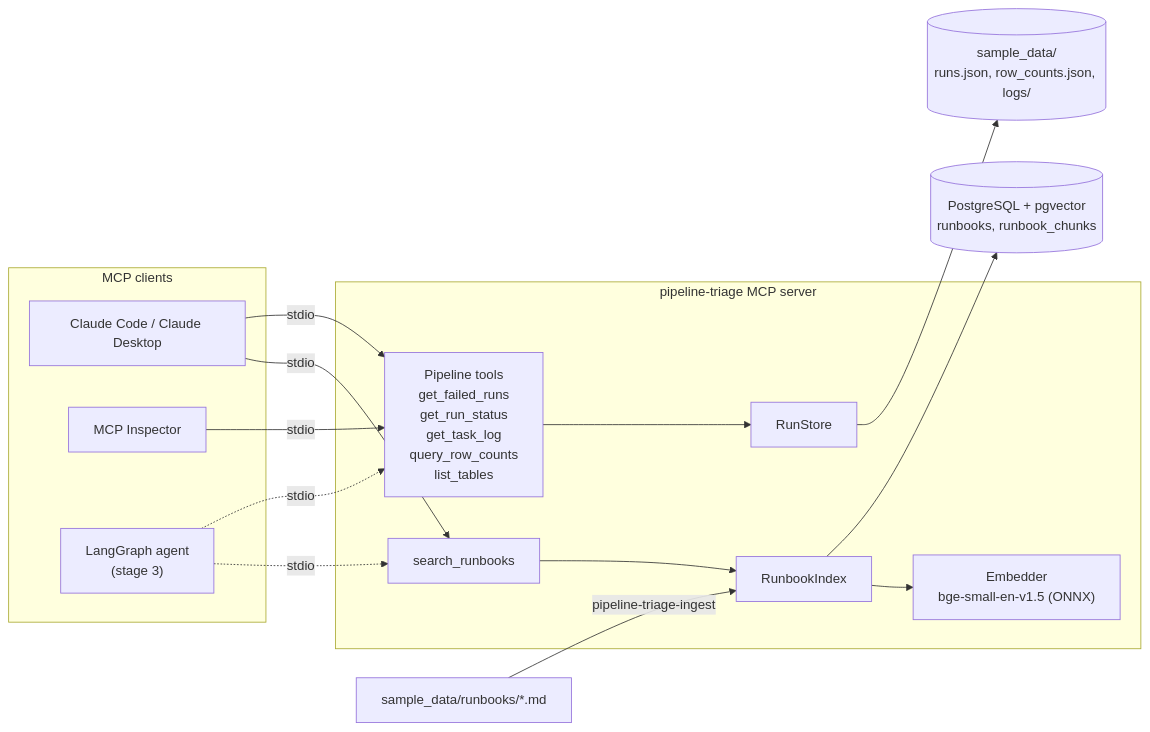
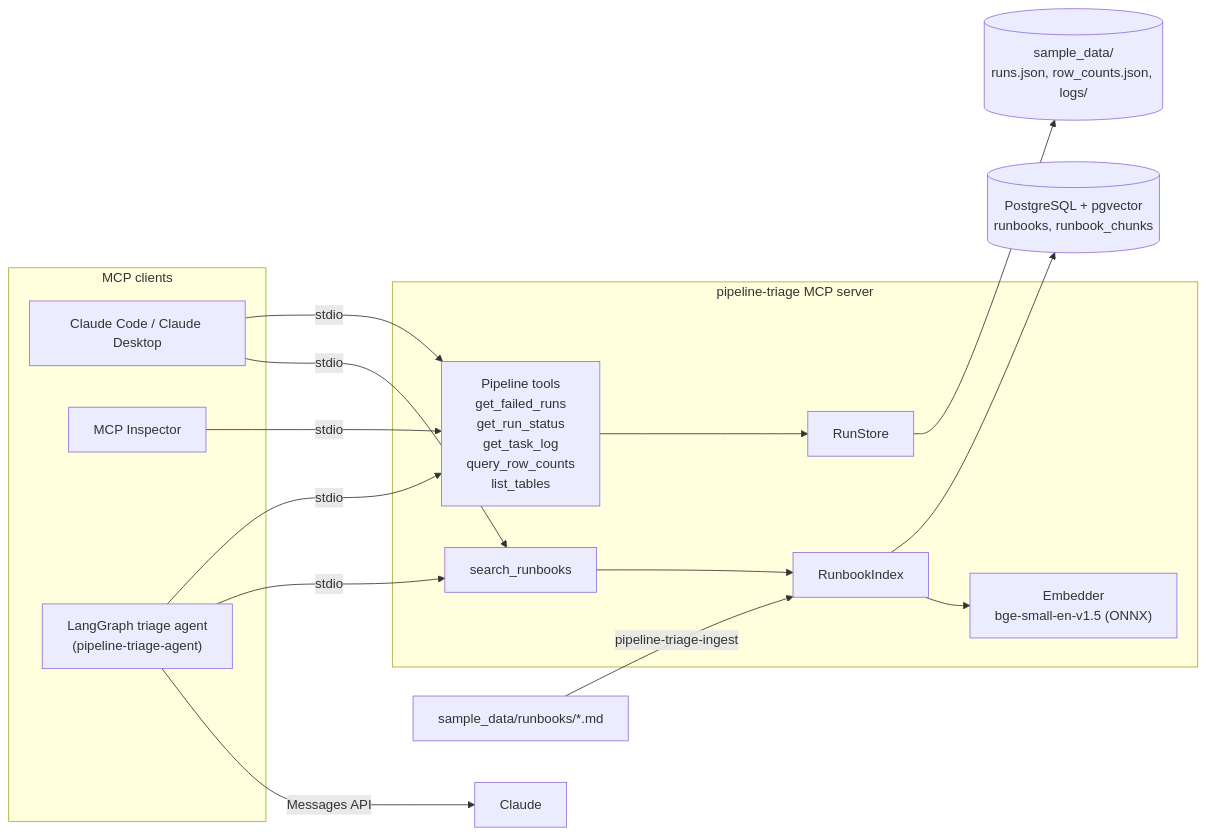
Before and after one commit to RiverburnCruiser/pipeline-triage-agent: the first of 2 diagrams in README.md, drawn with Mermaid. The commit also changed other lines of this file and 9 other files, not shown here.

First line of the commit message:
Stage 3: LangGraph triage agent with human approval

````diff
--- a/README.md
+++ b/README.md
@@ -27,30 +29,31 @@
 ```mermaid
 flowchart LR
     subgraph clients[MCP clients]
         CC[Claude Code / Claude Desktop]
         INS[MCP Inspector]
-        AG["LangGraph agent<br/>(stage 3)"]
+        AG["LangGraph triage agent<br/>(pipeline-triage-agent)"]
     end
 
     subgraph server[pipeline-triage MCP server]
         T[Pipeline tools<br/>get_failed_runs<br/>get_run_status<br/>get_task_log<br/>query_row_counts<br/>list_tables]
         R[search_runbooks]
         S[RunStore]
         I[RunbookIndex]
         E["Embedder<br/>bge-small-en-v1.5 (ONNX)"]
     end
 
     D[("sample_data/<br/>runs.json, row_counts.json, logs/")]
     PG[("PostgreSQL + pgvector<br/>runbooks, runbook_chunks")]
     MD["sample_data/runbooks/*.md"]
 
     CC -- stdio --> T
     CC -- stdio --> R
     INS -- stdio --> T
-    AG -. stdio .-> T
-    AG -. stdio .-> R
+    AG -- stdio --> T
+    AG -- stdio --> R
+    AG -- Messages API --> CL[Claude]
     T --> S --> D
     R --> I --> PG
     I --> E
     MD -- pipeline-triage-ingest --> I
 ```
````
